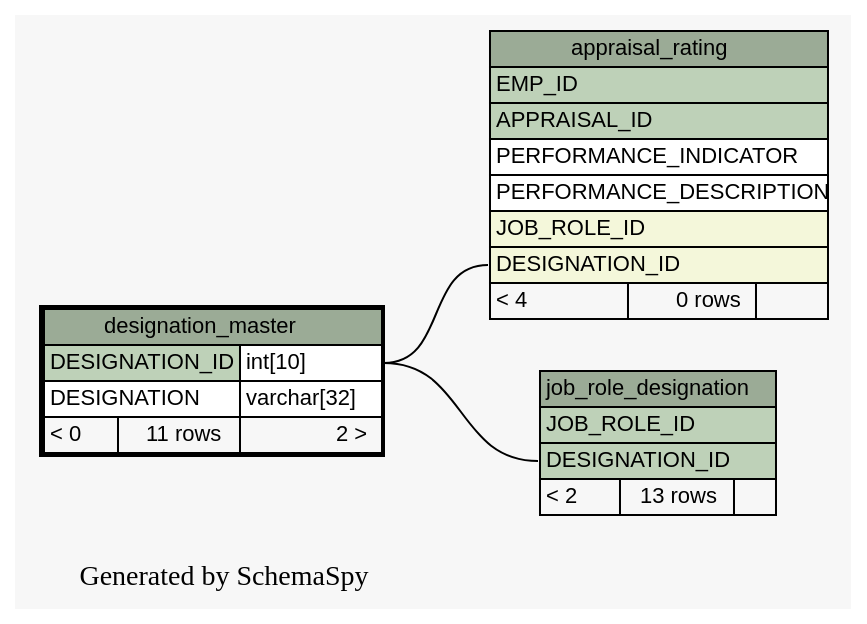
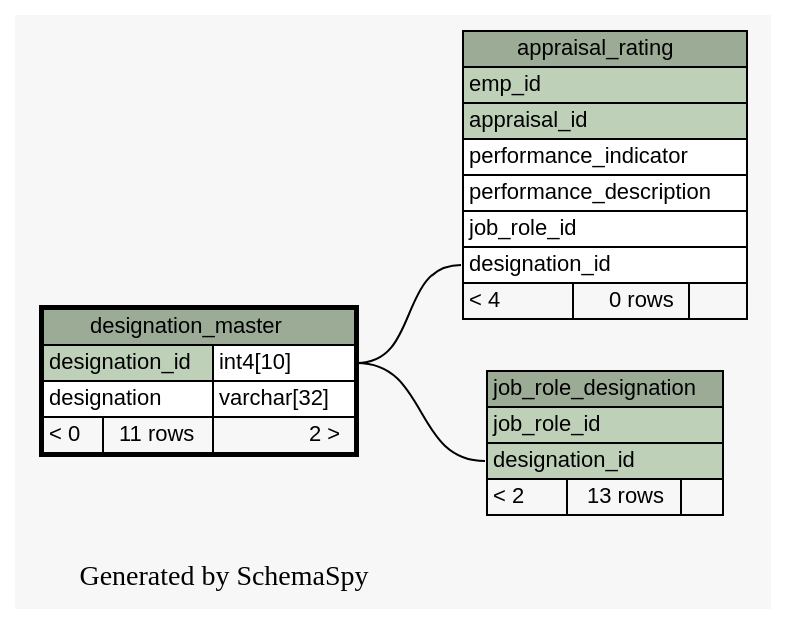
One commit to engineerscraft/hrms changed the diagram in docs/database/schemaspy/graphs/designation_master.1degree.dot. Above: the diagram before and after it, drawn with Graphviz. The commit also changed 214 other files, not shown here.

```diff
--- a/docs/database/schemaspy/graphs/designation_master.1degree.dot
+++ b/docs/database/schemaspy/graphs/designation_master.1degree.dot
@@ -1,56 +1,56 @@
 // dot 2.38.0 on Windows 7 6.1
 digraph "oneDegreeRelationshipsGraph" {
   graph [
     rankdir="RL"
     bgcolor="#f7f7f7"
     label="\nGenerated by SchemaSpy"
     labeljust="l"
   ];
   node [
     fontname="Helvetica"
     fontsize="11"
     shape="plaintext"
   ];
   edge [
     arrowsize="0.8"
   ];
-  "appraisal_rating":"DESIGNATION_ID":w -> "designation_master":"DESIGNATION_ID.type":e [arrowtail=crowodot arrowhead=none];
-  "job_role_designation":"DESIGNATION_ID":w -> "designation_master":"DESIGNATION_ID.type":e [arrowtail=crowtee arrowhead=none];
+  "appraisal_rating":"designation_id":w -> "designation_master":"designation_id.type":e [arrowtail=crowodot arrowhead=none];
+  "job_role_designation":"designation_id":w -> "designation_master":"designation_id.type":e [arrowtail=crowtee arrowhead=none];
   "appraisal_rating" [
     label=<
     <TABLE BORDER="0" CELLBORDER="1" CELLSPACING="0" BGCOLOR="#ffffff">
       <TR><TD PORT="appraisal_rating.heading" COLSPAN="3" BGCOLOR="#9bab96" ALIGN="CENTER">appraisal_rating</TD></TR>
-      <TR><TD PORT="EMP_ID" COLSPAN="3" BGCOLOR="#bed1b8" ALIGN="LEFT">EMP_ID</TD></TR>
-      <TR><TD PORT="APPRAISAL_ID" COLSPAN="3" BGCOLOR="#bed1b8" ALIGN="LEFT">APPRAISAL_ID</TD></TR>
-      <TR><TD PORT="PERFORMANCE_INDICATOR" COLSPAN="3" ALIGN="LEFT">PERFORMANCE_INDICATOR</TD></TR>
-      <TR><TD PORT="PERFORMANCE_DESCRIPTION" COLSPAN="3" ALIGN="LEFT">PERFORMANCE_DESCRIPTION</TD></TR>
-      <TR><TD PORT="JOB_ROLE_ID" COLSPAN="3" BGCOLOR="#f4f7da" ALIGN="LEFT">JOB_ROLE_ID</TD></TR>
-      <TR><TD PORT="DESIGNATION_ID" COLSPAN="3" BGCOLOR="#f4f7da" ALIGN="LEFT">DESIGNATION_ID</TD></TR>
+      <TR><TD PORT="emp_id" COLSPAN="3" BGCOLOR="#bed1b8" ALIGN="LEFT">emp_id</TD></TR>
+      <TR><TD PORT="appraisal_id" COLSPAN="3" BGCOLOR="#bed1b8" ALIGN="LEFT">appraisal_id</TD></TR>
+      <TR><TD PORT="performance_indicator" COLSPAN="3" ALIGN="LEFT">performance_indicator</TD></TR>
+      <TR><TD PORT="performance_description" COLSPAN="3" ALIGN="LEFT">performance_description</TD></TR>
+      <TR><TD PORT="job_role_id" COLSPAN="3" ALIGN="LEFT">job_role_id</TD></TR>
+      <TR><TD PORT="designation_id" COLSPAN="3" ALIGN="LEFT">designation_id</TD></TR>
       <TR><TD ALIGN="LEFT" BGCOLOR="#f7f7f7">&lt; 4</TD><TD ALIGN="RIGHT" BGCOLOR="#f7f7f7">0 rows</TD><TD ALIGN="RIGHT" BGCOLOR="#f7f7f7">  </TD></TR>
     </TABLE>>
     URL="appraisal_rating.html#graph"
     tooltip="appraisal_rating"
   ];
   "designation_master" [
     label=<
     <TABLE BORDER="2" CELLBORDER="1" CELLSPACING="0" BGCOLOR="#ffffff">
       <TR><TD PORT="designation_master.heading" COLSPAN="3" BGCOLOR="#9bab96" ALIGN="CENTER">designation_master</TD></TR>
-      <TR><TD PORT="DESIGNATION_ID" COLSPAN="2" BGCOLOR="#bed1b8" ALIGN="LEFT">DESIGNATION_ID</TD><TD PORT="DESIGNATION_ID.type" ALIGN="LEFT">int[10]</TD></TR>
-      <TR><TD PORT="DESIGNATION" COLSPAN="2" ALIGN="LEFT">DESIGNATION</TD><TD PORT="DESIGNATION.type" ALIGN="LEFT">varchar[32]</TD></TR>
+      <TR><TD PORT="designation_id" COLSPAN="2" BGCOLOR="#bed1b8" ALIGN="LEFT">designation_id</TD><TD PORT="designation_id.type" ALIGN="LEFT">int4[10]</TD></TR>
+      <TR><TD PORT="designation" COLSPAN="2" ALIGN="LEFT">designation</TD><TD PORT="designation.type" ALIGN="LEFT">varchar[32]</TD></TR>
       <TR><TD ALIGN="LEFT" BGCOLOR="#f7f7f7">&lt; 0</TD><TD ALIGN="RIGHT" BGCOLOR="#f7f7f7">11 rows</TD><TD ALIGN="RIGHT" BGCOLOR="#f7f7f7">2 &gt;</TD></TR>
     </TABLE>>
     URL="designation_master.html#"
     tooltip="designation_master"
   ];
   "job_role_designation" [
     label=<
     <TABLE BORDER="0" CELLBORDER="1" CELLSPACING="0" BGCOLOR="#ffffff">
       <TR><TD PORT="job_role_designation.heading" COLSPAN="3" BGCOLOR="#9bab96" ALIGN="CENTER">job_role_designation</TD></TR>
-      <TR><TD PORT="JOB_ROLE_ID" COLSPAN="3" BGCOLOR="#bed1b8" ALIGN="LEFT">JOB_ROLE_ID</TD></TR>
-      <TR><TD PORT="DESIGNATION_ID" COLSPAN="3" BGCOLOR="#bed1b8" ALIGN="LEFT">DESIGNATION_ID</TD></TR>
+      <TR><TD PORT="job_role_id" COLSPAN="3" BGCOLOR="#bed1b8" ALIGN="LEFT">job_role_id</TD></TR>
+      <TR><TD PORT="designation_id" COLSPAN="3" BGCOLOR="#bed1b8" ALIGN="LEFT">designation_id</TD></TR>
       <TR><TD ALIGN="LEFT" BGCOLOR="#f7f7f7">&lt; 2</TD><TD ALIGN="RIGHT" BGCOLOR="#f7f7f7">13 rows</TD><TD ALIGN="RIGHT" BGCOLOR="#f7f7f7">  </TD></TR>
     </TABLE>>
     URL="job_role_designation.html#graph"
     tooltip="job_role_designation"
   ];
 }
```
